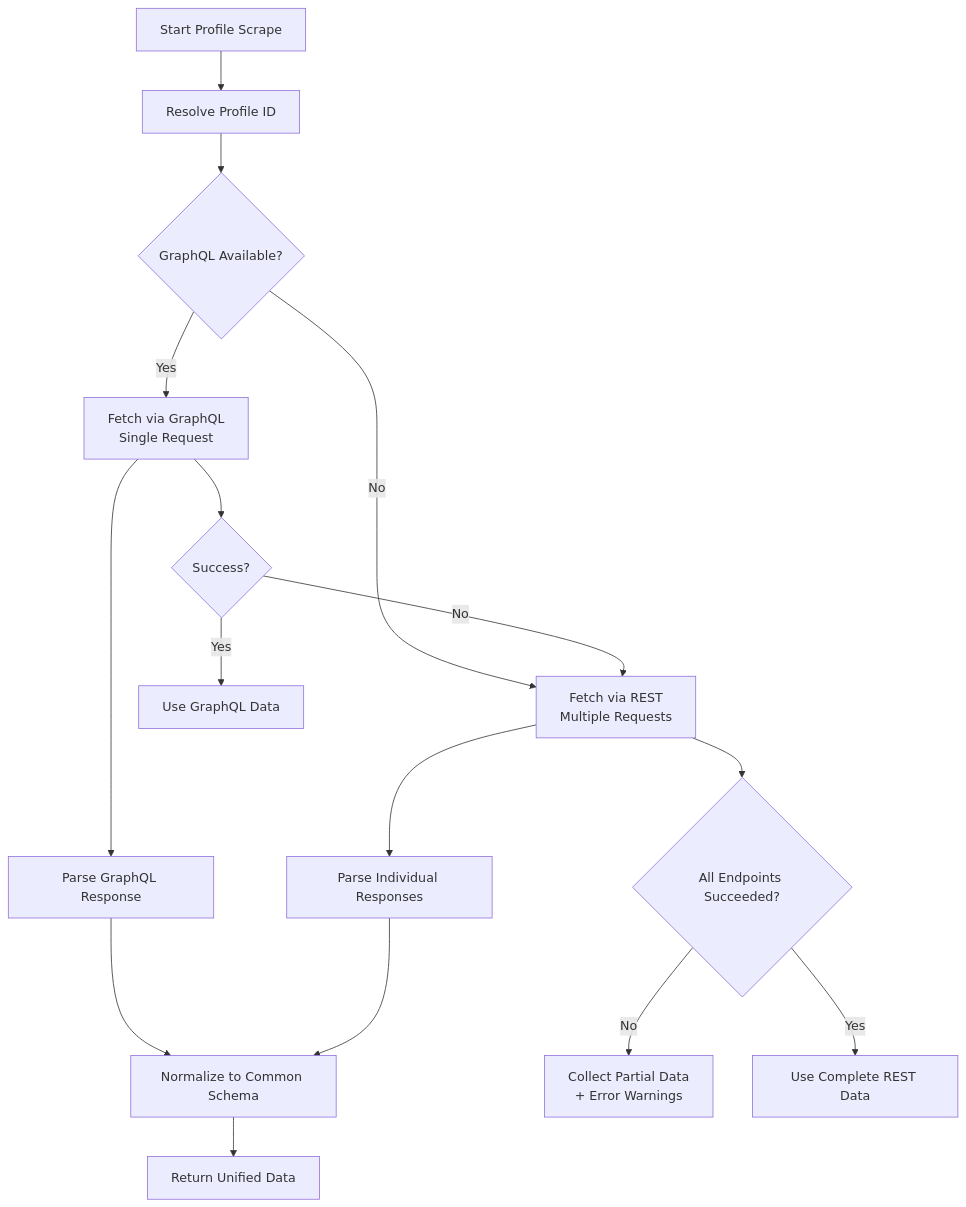
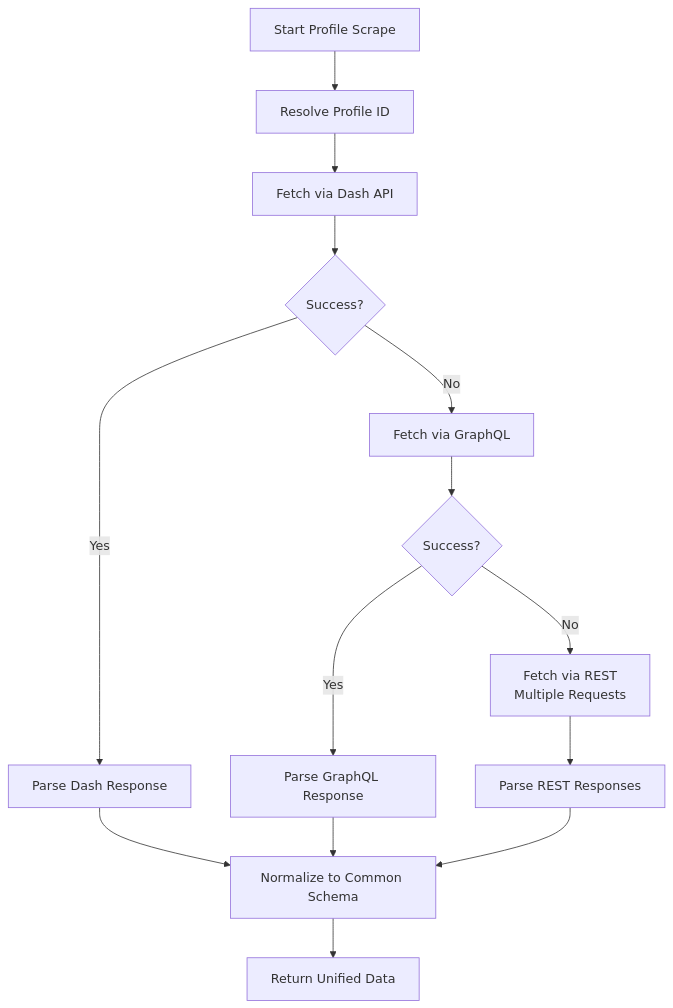
The fourth of 9 diagrams in .devdocs/decisionDocs.md (ishanjain1502/tross-assignment), drawn with Mermaid before and after one commit. The commit also changed other lines of this file and 2 other files, not shown here.

First line of the commit message:
Enhance documentation and architecture for LinkedIn Profile API

````diff
--- a/.devdocs/decisionDocs.md
+++ b/.devdocs/decisionDocs.md
@@ -224,19 +227,16 @@
 ```mermaid
 flowchart TD
     A[Start Profile Scrape] --> B[Resolve Profile ID]
-    B --> C{GraphQL Available?}
-    C -- Yes --> D[Fetch via GraphQL<br>Single Request]
-    C -- No --> E[Fetch via REST<br>Multiple Requests]
-    D --> F[Parse GraphQL Response]
-    E --> G[Parse Individual Responses]
-    F --> H[Normalize to Common Schema]
-    G --> H
-    H --> I[Return Unified Data]
-    
-    D --> J{Success?}
-    J -- No --> E
-    J -- Yes --> K[Use GraphQL Data]
-    E --> L{All Endpoints Succeeded?}
-    L -- No --> M[Collect Partial Data<br>+ Error Warnings]
-    L -- Yes --> N[Use Complete REST Data]
+    B --> C[Fetch via Dash API]
+    C --> D{Success?}
+    D -- Yes --> E[Parse Dash Response]
+    D -- No --> F[Fetch via GraphQL]
+    F --> G{Success?}
+    G -- Yes --> H[Parse GraphQL Response]
+    G -- No --> I[Fetch via REST<br>Multiple Requests]
+    I --> J[Parse REST Responses]
+    E --> K[Normalize to Common Schema]
+    H --> K
+    J --> K
+    K --> L[Return Unified Data]
 ```
````
